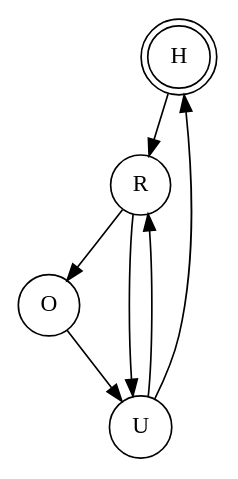
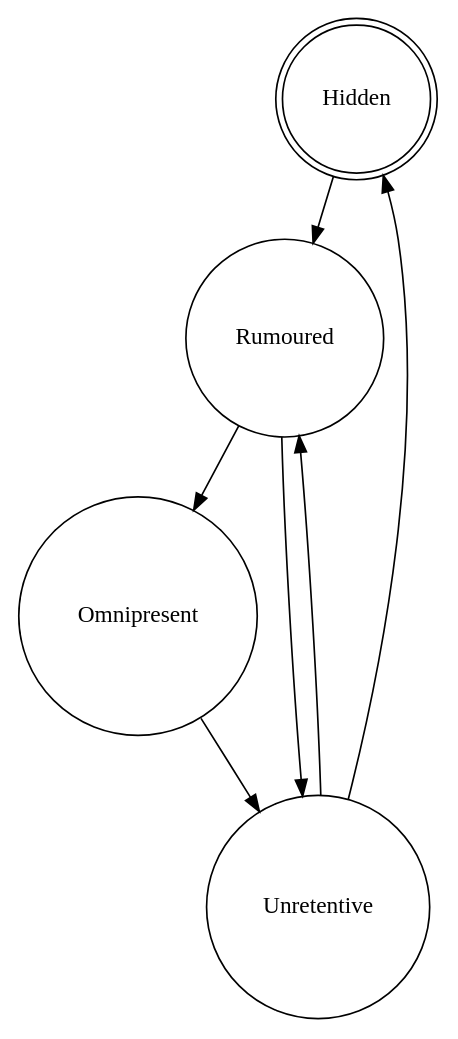
Before and after one commit to sunlixin-conac/opendnssec-workflow-test: the diagram in home/yuri/enforcer_model2/states.dot, drawn with Graphviz. The commit also changed 1 other file, not shown here.

```diff
--- a/home/yuri/enforcer_model2/states.dot
+++ b/home/yuri/enforcer_model2/states.dot
@@ -1,16 +1,16 @@
 digraph {
     node [shape = doublecircle];
-    H; 
+    H [label = "Hidden"]; 
 
     node [shape = circle];
-    O; 
-    R; 
-    U; 
+    O [label = "Omnipresent"]; 
+    R [label = "Rumoured"]; 
+    U [label = "Unretentive"]; 
 
     H->R;
     O->U;
     R->O;
     R->U;
     U->H;
     U->R;
    }
```
